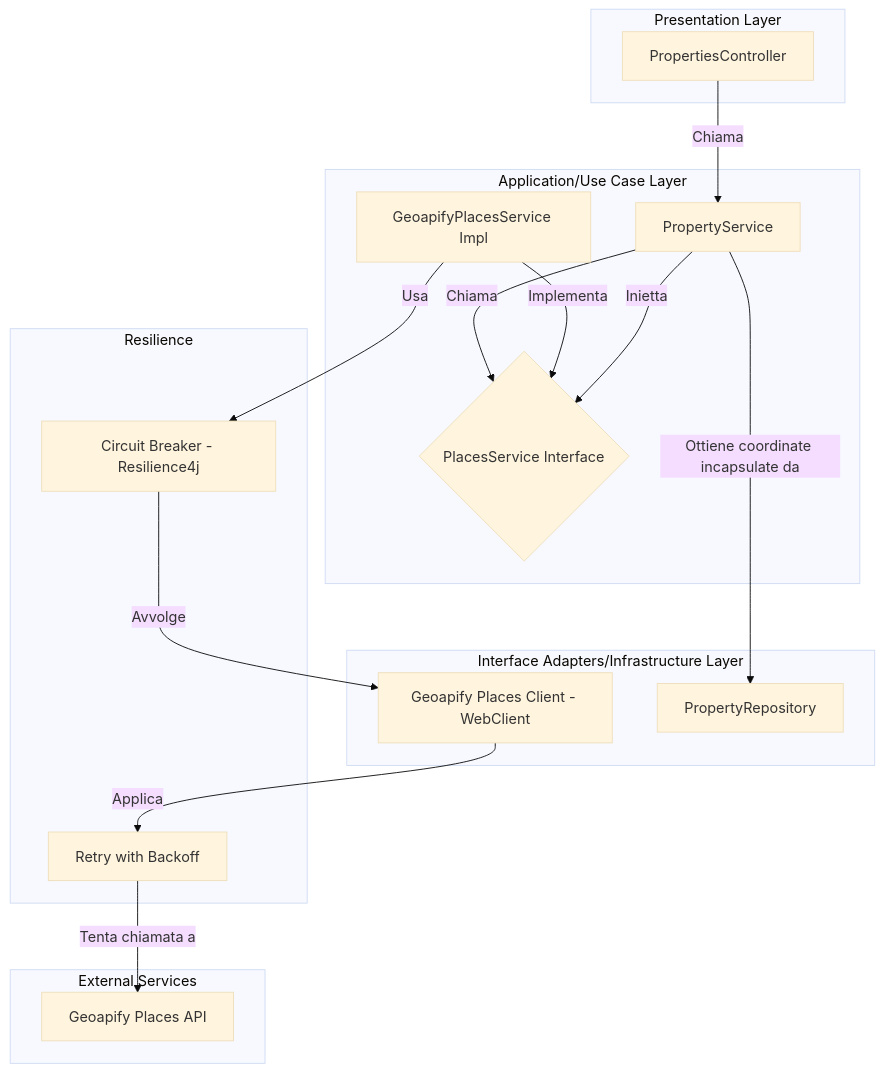
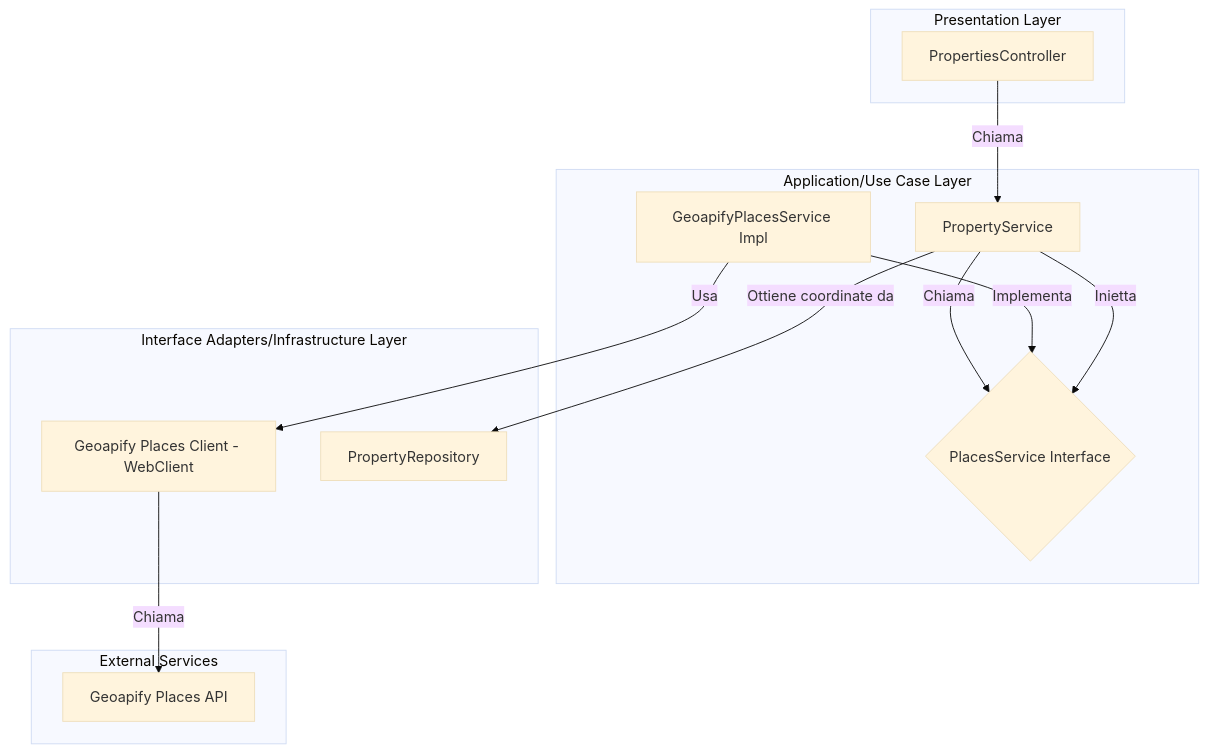
One commit to TheFabbest/DietiEstates25-backend changed the diagram in docs/places-integration-plan.md. Above: the diagram before and after it, drawn with Mermaid (base theme). The commit also changed other lines of this file and 18 other files, not shown here.

````diff
--- a/docs/places-integration-plan.md
+++ b/docs/places-integration-plan.md
@@ -15,36 +15,29 @@
 ```mermaid
 graph TD
     subgraph "Presentation Layer"
         A[PropertiesController]
     end
 
     subgraph "Application/Use Case Layer"
         B[PropertyService]
         C{PlacesService Interface}
         D[GeoapifyPlacesService Impl]
     end
 
     subgraph "Interface Adapters/Infrastructure Layer"
         E[Geoapify Places Client - WebClient]
         F[PropertyRepository]
     end
 
     subgraph "External Services"
         G[Geoapify Places API]
     end
 
-    subgraph "Resilience"
-        H[Circuit Breaker - Resilience4j]
-        I[Retry with Backoff]
-    end
-
     A -- Chiama --> B
-    B -- Ottiene coordinate incapsulate da --> F
+    B -- Ottiene coordinate da --> F
     B -- Chiama --> C
     D -- Implementa --> C
     B -- Inietta --> C
-    D -- Usa --> H
-    H -- Avvolge --> E
-    E -- Applica --> I
-    I -- Tenta chiamata a --> G
+    D -- Usa --> E
+    E -- Chiama --> G
 ```
````
